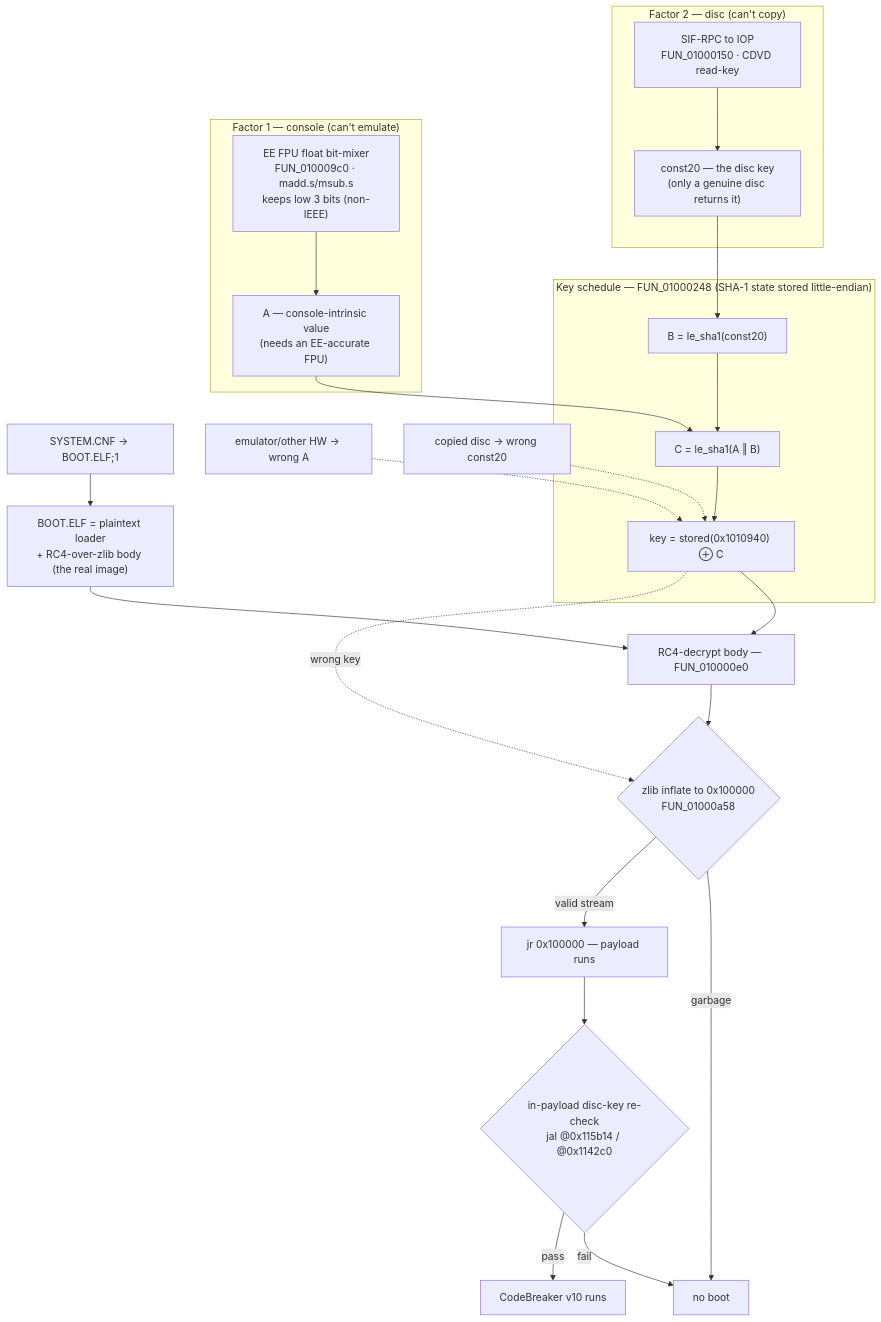
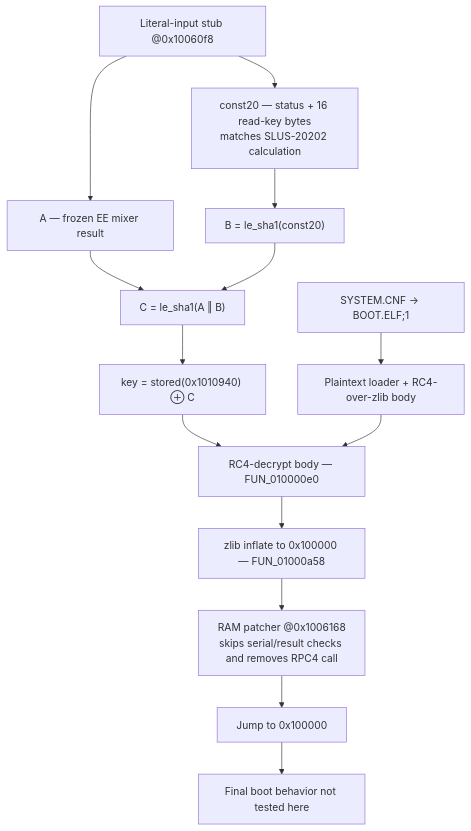
Before and after one commit to mlafeldt/codebreaker-rs: the diagram in research/REVERSING.md, drawn with Mermaid. The commit also changed other lines of this file and 22 other files, not shown here.

````diff
--- a/research/REVERSING.md
+++ b/research/REVERSING.md
@@ -1220,33 +1261,16 @@
 ```mermaid
 flowchart TD
-    CNF["SYSTEM.CNF → BOOT.ELF;1"] --> ELF["BOOT.ELF = plaintext loader<br/>+ RC4-over-zlib body (the real image)"]
-
-    subgraph F1["Factor 1 — console (can't emulate)"]
-      FPU["EE FPU float bit-mixer<br/>FUN_010009c0 · madd.s/msub.s<br/>keeps low 3 bits (non-IEEE)"] --> A["A — console-intrinsic value<br/>(needs an EE-accurate FPU)"]
-    end
-
-    subgraph F2["Factor 2 — disc (can't copy)"]
-      RPC["SIF-RPC to IOP<br/>FUN_01000150 · CDVD read-key"] --> C20["const20 — the disc key<br/>(only a genuine disc returns it)"]
-    end
-
-    subgraph KS["Key schedule — FUN_01000248 (SHA-1 state stored little-endian)"]
-      B["B = le_sha1(const20)"]
-      C["C = le_sha1(A ‖ B)"]
-      KEY["key = stored(0x1010940) ⊕ C"]
-      C20 --> B --> C
-      A --> C --> KEY
-    end
-
+    CNF["SYSTEM.CNF → BOOT.ELF;1"] --> ELF["Plaintext loader + RC4-over-zlib body"]
+    STUB["Literal-input stub @0x10060f8"] --> A["A — frozen EE mixer result"]
+    STUB --> C20["const20 — status + 16 read-key bytes<br/>matches SLUS-20202 calculation"]
+    C20 --> B["B = le_sha1(const20)"]
+    A --> C["C = le_sha1(A ‖ B)"]
+    B --> C
+    C --> KEY["key = stored(0x1010940) ⊕ C"]
     KEY --> RC4["RC4-decrypt body — FUN_010000e0"]
     ELF --> RC4
-    RC4 --> GATE1{"zlib inflate to 0x100000<br/>FUN_01000a58"}
-    GATE1 -->|valid stream| JMP["jr 0x100000 — payload runs"]
-    GATE1 -->|garbage| DEAD["no boot"]
-    JMP --> GATE2{"in-payload disc-key re-check<br/>jal @0x115b14 / @0x1142c0"}
-    GATE2 -->|pass| RUN["CodeBreaker v10 runs"]
-    GATE2 -->|fail| DEAD
-
-    BADDISC["copied disc → wrong const20"] -.-> KEY
-    BADHW["emulator/other HW → wrong A"] -.-> KEY
-    KEY -.wrong key.-> GATE1
+    RC4 --> INF["zlib inflate to 0x100000 — FUN_01000a58"]
+    INF --> PATCH["RAM patcher @0x1006168<br/>skips serial/result checks and removes RPC4 call"]
+    PATCH --> JMP["Jump to 0x100000"]
+    JMP --> UNKNOWN["Final boot behavior not tested here"]
 ```
````
